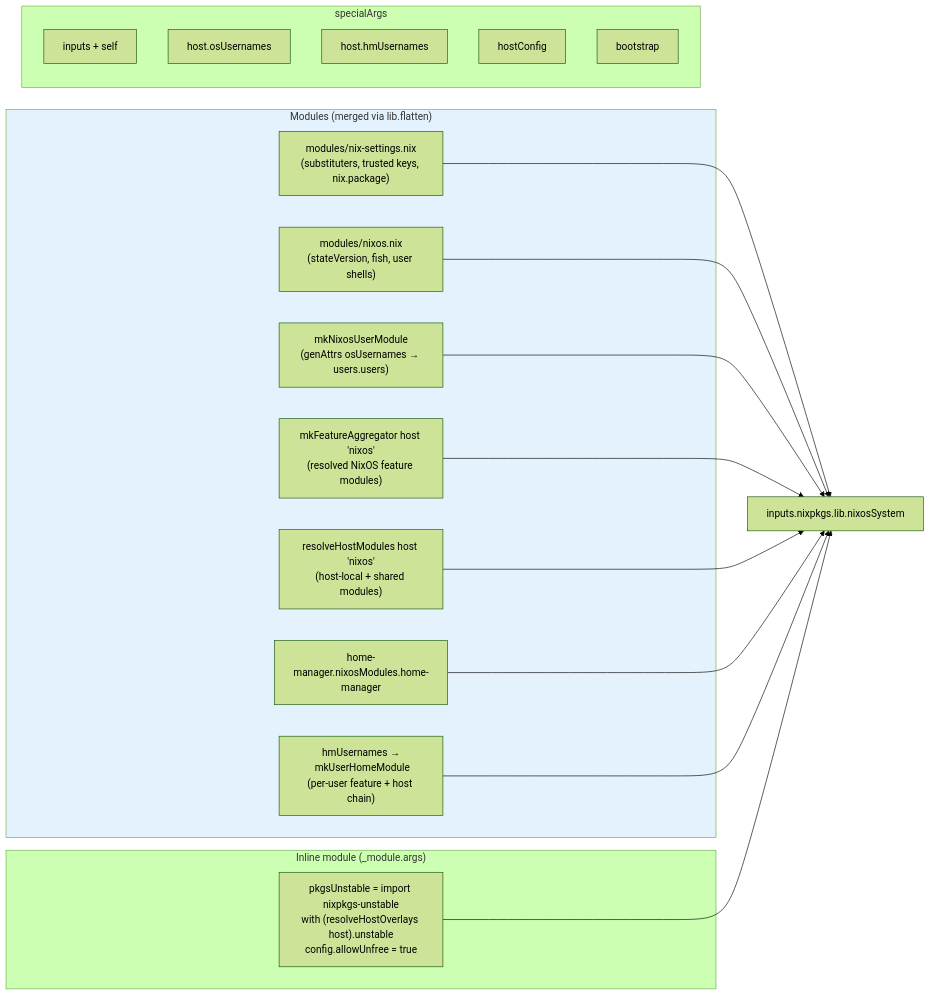
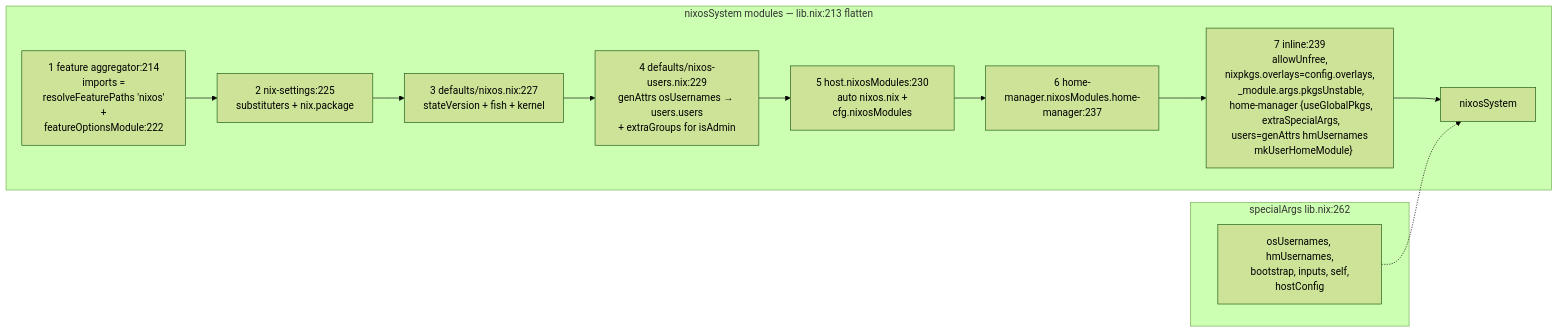
The fifth of 7 diagrams in DESIGN.md (WombatFromHell/automatic-palm-tree), drawn with Mermaid (forest theme) before and after one commit. The commit also changed other lines of this file, not shown here.

````diff
--- a/DESIGN.md
+++ b/DESIGN.md
@@ -223,31 +158,18 @@
 ```mermaid
 flowchart LR
-    subgraph M["Modules (merged via lib.flatten)"]
-        nixSet["modules/nix-settings.nix\n(substituters, trusted keys, nix.package)"]
-        nixosMod["modules/nixos.nix\n(stateVersion, fish, user shells)"]
-        autoUser["mkNixosUserModule\n(genAttrs osUsernames → users.users)"]
-        featMod["mkFeatureAggregator host 'nixos'\n(resolved NixOS feature modules)"]
-        hostMod["resolveHostModules host 'nixos'\n(host-local + shared modules)"]
-        hmMod["home-manager.nixosModules.home-manager"]
-        hmCfg["hmUsernames →\n mkUserHomeModule\n(per-user feature + host chain)"]
+    subgraph Mods ["nixosSystem modules — lib.nix:213 flatten"]
+        feat["1 feature aggregator:214\n imports = resolveFeaturePaths 'nixos'\n + featureOptionsModule:222"]
+        nixSet["2 nix-settings:225\nsubstituters + nix.package"]
+        defNixos["3 defaults/nixos.nix:227\nstateVersion + fish + kernel"]
+        defUsers["4 defaults/nixos-users.nix:229\ngenAttrs osUsernames → users.users\n+ extraGroups for isAdmin"]
+        hostMods["5 host.nixosModules:230\n auto nixos.nix + cfg.nixosModules"]
+        hmMod["6 home-manager.nixosModules.home-manager:237"]
+        inline["7 inline:239\n allowUnfree, nixpkgs.overlays=config.overlays,\n _module.args.pkgsUnstable,\n home-manager {useGlobalPkgs,\n  extraSpecialArgs, users=genAttrs hmUsernames\n   mkUserHomeModule}"]
+
+        feat --> nixSet --> defNixos --> defUsers --> hostMods --> hmMod --> inline --> merged["nixosSystem"]
     end
-    subgraph Inline ["Inline module (_module.args)"]
-        pkgsUnstable["pkgsUnstable = import nixpkgs-unstable\nwith (resolveHostOverlays host).unstable\nconfig.allowUnfree = true"]
+    subgraph Args ["specialArgs lib.nix:262"]
+        sa["osUsernames, hmUsernames,\n bootstrap, inputs, self, hostConfig"]
     end
-    subgraph SA["specialArgs"]
-        inputs["inputs + self"]
-        osUsernames["host.osUsernames"]
-        hmUsernames["host.hmUsernames"]
-        hostConfig["hostConfig"]
-        bootstrap["bootstrap"]
-    end
-    nixSet --> merged["inputs.nixpkgs.lib.nixosSystem"]
-    nixosMod --> merged
-    autoUser --> merged
-    featMod --> merged
-    hostMod --> merged
-    hmMod --> merged
-    hmCfg --> merged
-    pkgsUnstable --> merged
-    style M fill:#e3f2fd
+    sa -.-> merged
 ```
````
